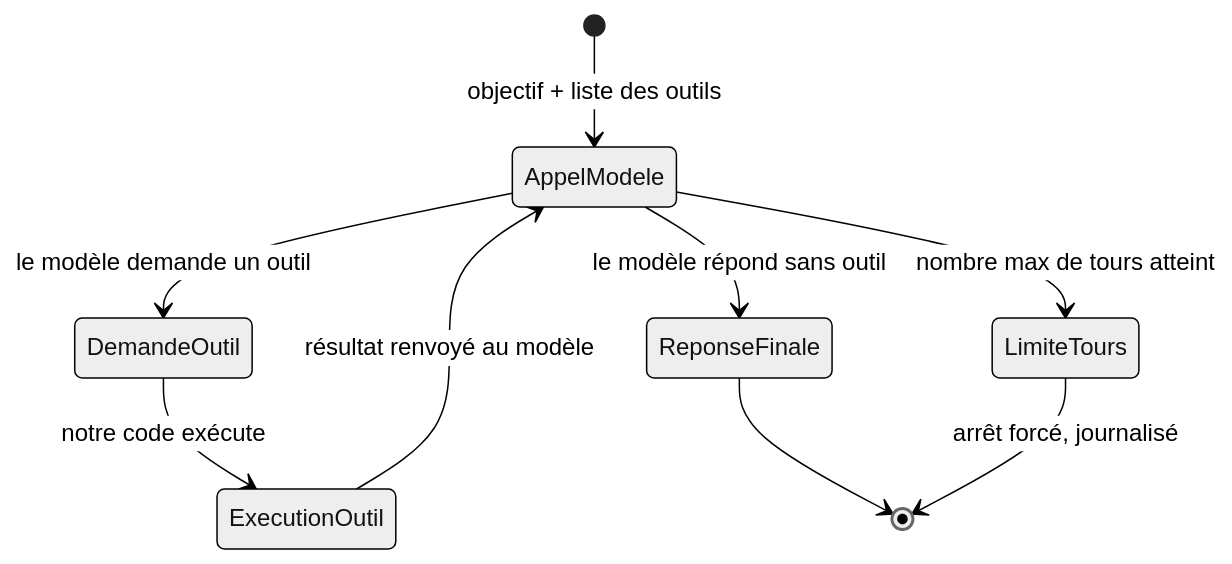
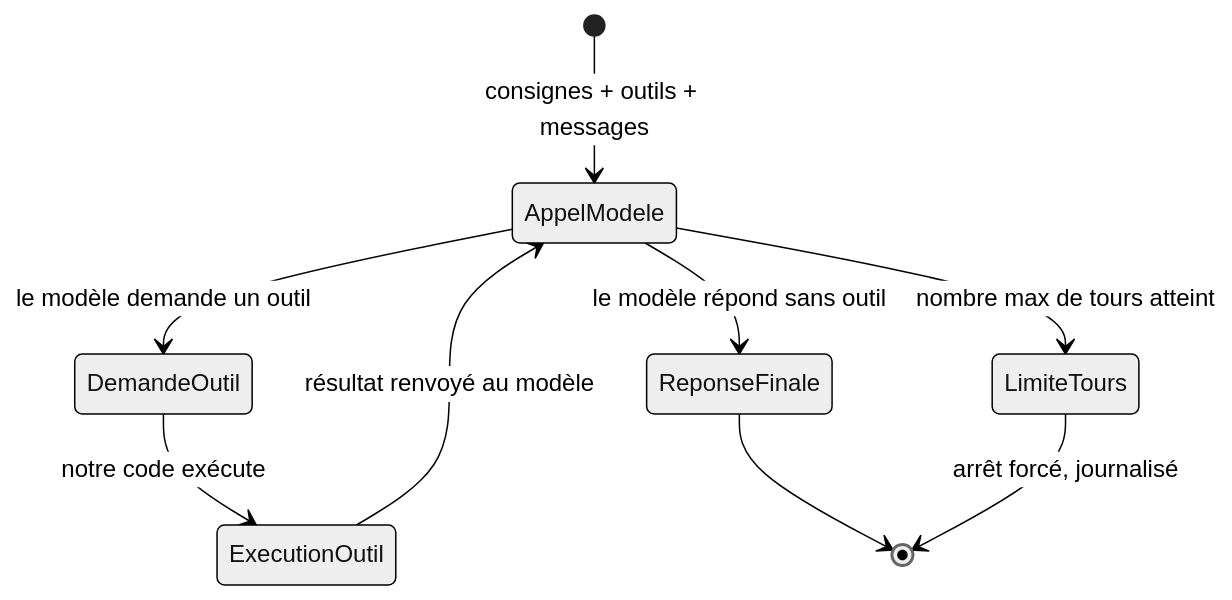
One commit to lecinquiemejour-code/goodvibe-tuto changed the second of 38 diagrams in tuto-goodvibe-vibecoding.md. Above: the diagram before and after it, drawn with Mermaid (neutral theme). The commit also changed other lines of this file and 1 other file, not shown here.

Commit message:
Prompt système dans un fichier Markdown, réglages du modèle, et ce qu'on envoie à chaque appel

````diff
--- a/tuto-goodvibe-vibecoding.md
+++ b/tuto-goodvibe-vibecoding.md
@@ -165,11 +165,11 @@
 ```mermaid
 stateDiagram-v2
-    [*] --> AppelModele : objectif + liste des outils
+    [*] --> AppelModele : consignes + outils + messages
     AppelModele --> DemandeOutil : le modèle demande un outil
     AppelModele --> ReponseFinale : le modèle répond sans outil
     DemandeOutil --> ExecutionOutil : notre code exécute
     ExecutionOutil --> AppelModele : résultat renvoyé au modèle
     AppelModele --> LimiteTours : nombre max de tours atteint
     ReponseFinale --> [*]
     LimiteTours --> [*] : arrêt forcé, journalisé
 ```
````
